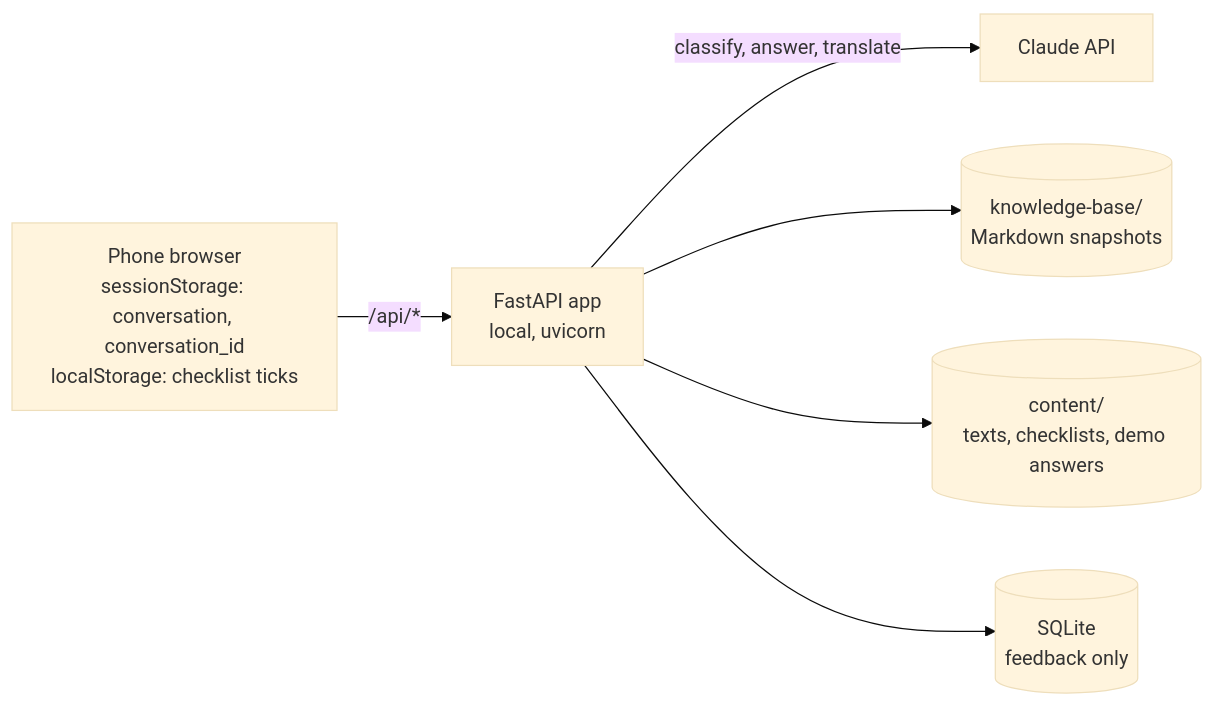
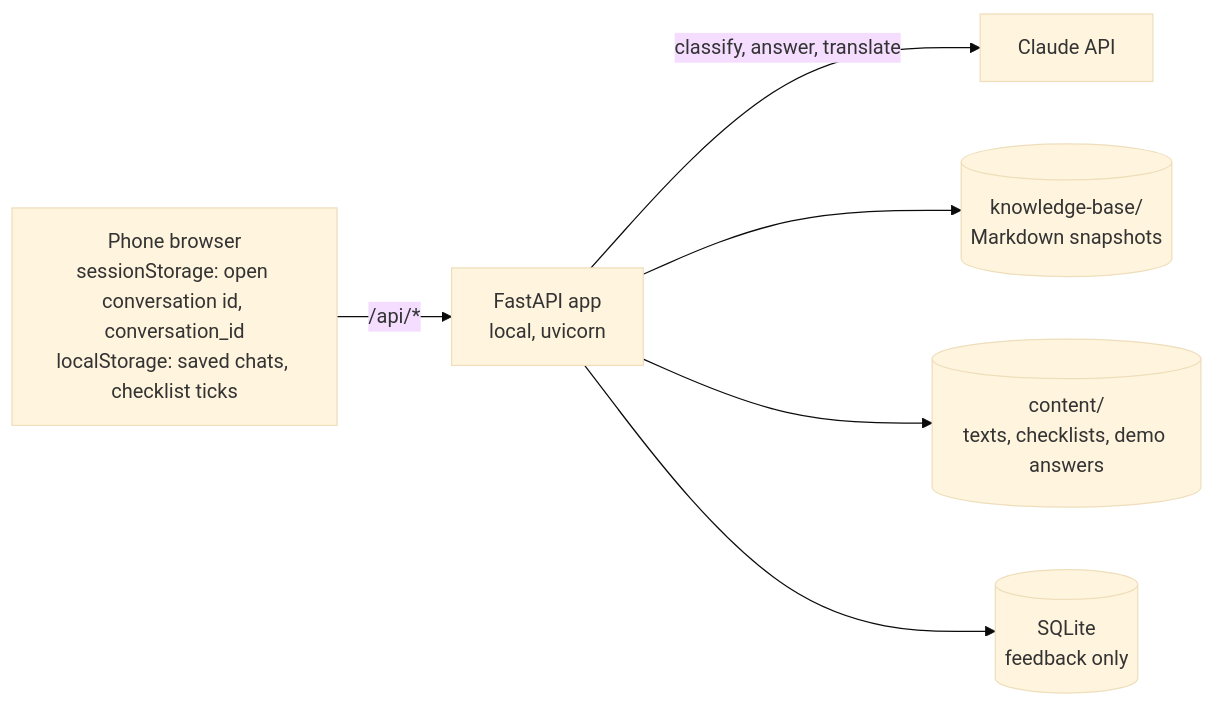
The third of 3 diagrams in docs/planning/architecture/architecture-G94-sikveland-2026-11-02/ARCHITECTURE-SPINE.md (IBE160-2026/G94-sikveland), drawn with Mermaid (base theme) before and after one commit. The commit also changed other lines of this file and 18 other files, not shown here.

````diff
--- a/docs/planning/architecture/architecture-G94-sikveland-2026-11-02/ARCHITECTURE-SPINE.md
+++ b/docs/planning/architecture/architecture-G94-sikveland-2026-11-02/ARCHITECTURE-SPINE.md
@@ -189,8 +190,8 @@
 ```mermaid
 flowchart LR
-    phone[Phone browser<br/>sessionStorage: conversation, conversation_id<br/>localStorage: checklist ticks] -->|/api/*| server[FastAPI app<br/>local, uvicorn]
+    phone[Phone browser<br/>sessionStorage: open conversation id, conversation_id<br/>localStorage: saved chats, checklist ticks] -->|/api/*| server[FastAPI app<br/>local, uvicorn]
     server -->|classify, answer, translate| claude[Claude API]
     server --> kb[(knowledge-base/<br/>Markdown snapshots)]
     server --> content[(content/<br/>texts, checklists, demo answers)]
     server --> db[(SQLite<br/>feedback only)]
 ```
````
